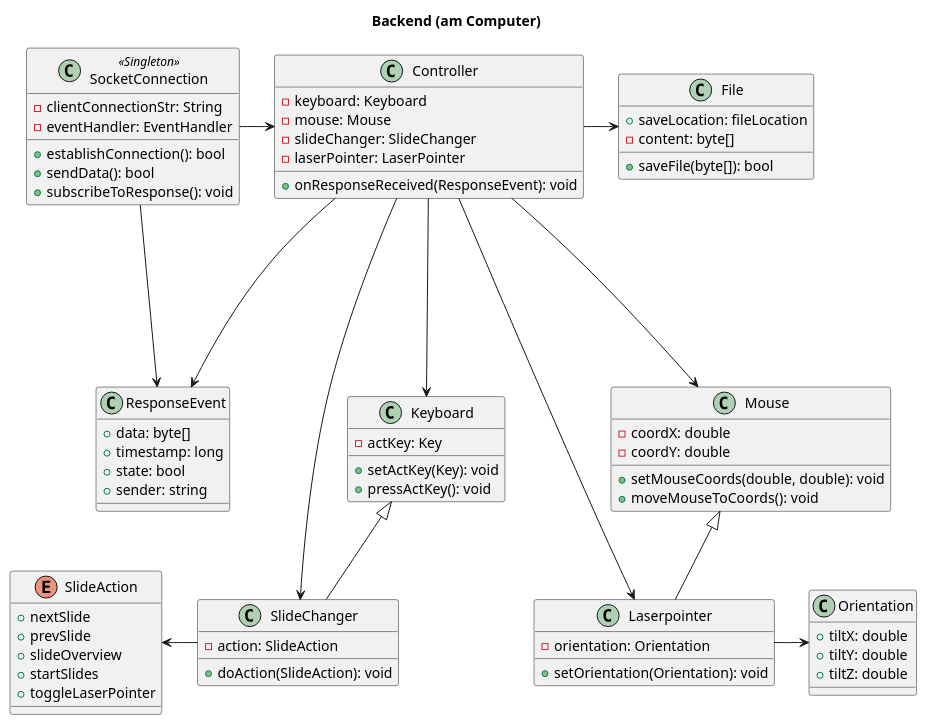
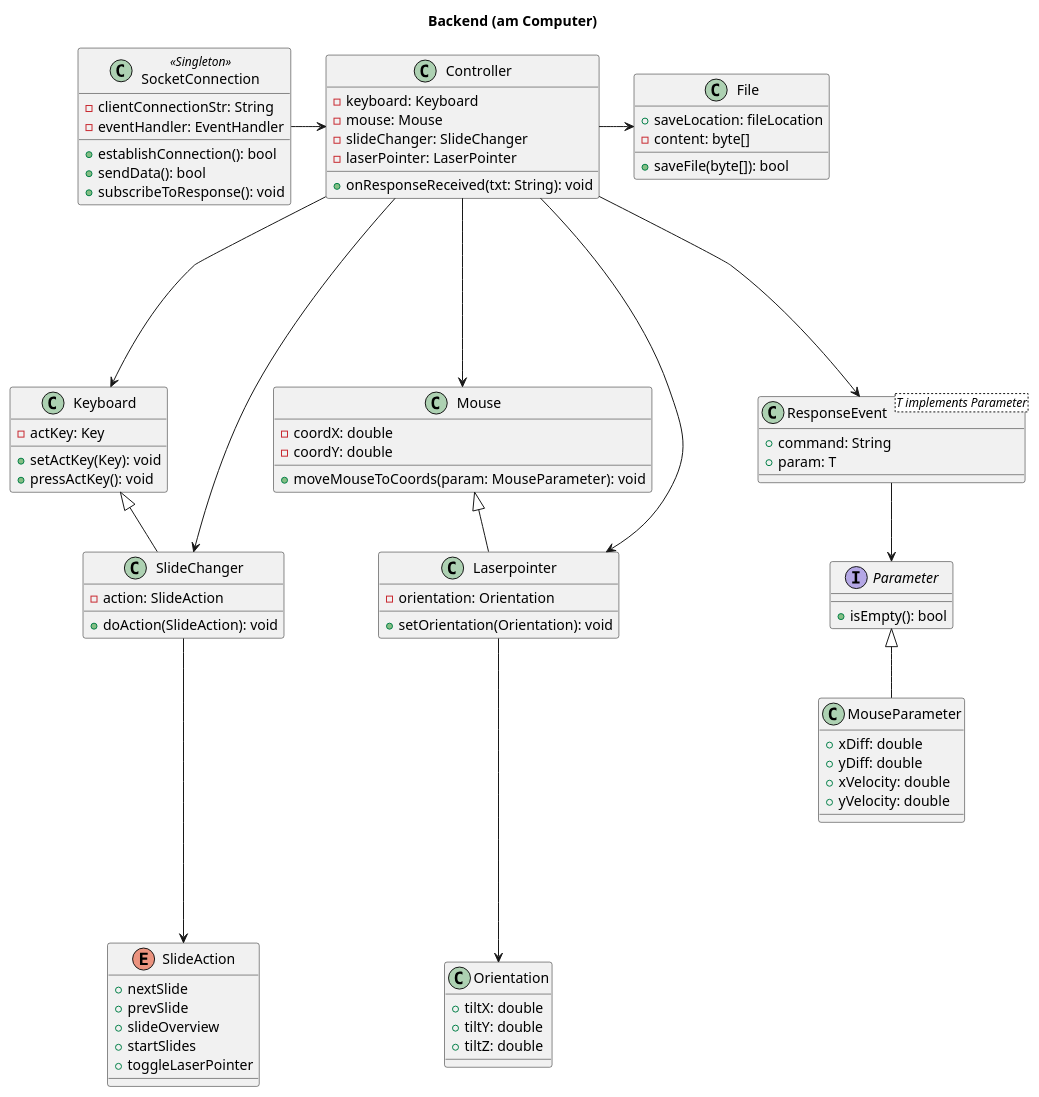
The first of 3 diagrams in Documentation/UML_Code.adoc (Eli-Dev/remotify), drawn with PlantUML before and after one commit.

Commit message:
Documented recent changes in a class diagramm

```diff
--- a/Documentation/UML_Code.adoc
+++ b/Documentation/UML_Code.adoc
@@ -38,8 +38,7 @@
     - coordX: double
     - coordY: double
 
-    + setMouseCoords(double, double): void
-    + moveMouseToCoords(): void
+    + moveMouseToCoords(param: MouseParameter): void
 }
 
 class Laserpointer {
@@ -67,7 +66,7 @@
     - slideChanger: SlideChanger
     - laserPointer: LaserPointer
 
-    + onResponseReceived(ResponseEvent): void
+    + onResponseReceived(txt: String): void
 }
 
 class SocketConnection <<Singleton>> {
@@ -79,23 +78,34 @@
     + subscribeToResponse(): void
 }
 
-class ResponseEvent {
-    + data: byte[]
-    + timestamp: long
-    + state: bool
-    + sender: string
+class ResponseEvent<T implements Parameter> {
+    + command: String
+    + param: T
+}
+
+interface Parameter {
+    + isEmpty(): bool
+}
+
+class MouseParameter {
+    + xDiff: double
+    + yDiff: double
+    + xVelocity: double
+    + yVelocity: double
 }
 
 Mouse <|-- Laserpointer
-Laserpointer --right--> Orientation
+Laserpointer --down--> Orientation
 
 Keyboard <|-- SlideChanger
-SlideChanger --left--> SlideAction
+SlideChanger --down--> SlideAction
 
 SocketConnection --right--> Controller
-SocketConnection --down--> ResponseEvent
 
 Controller --down--> ResponseEvent
+
+ResponseEvent --> Parameter
+Parameter <|-- MouseParameter
 
 Controller --down--> Keyboard
 Controller --down--> Mouse
```
